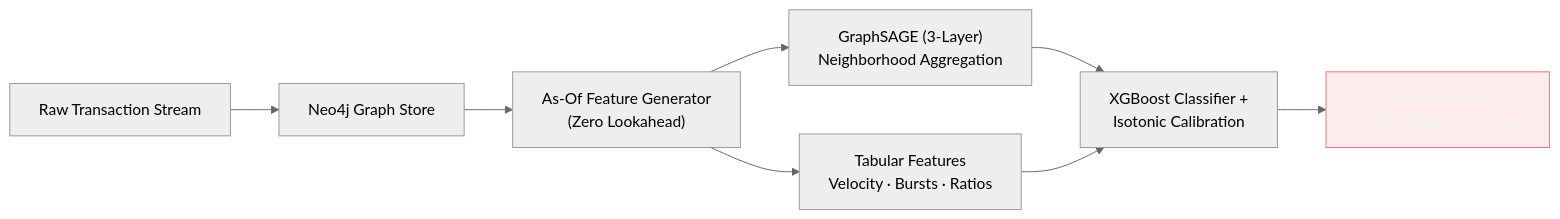
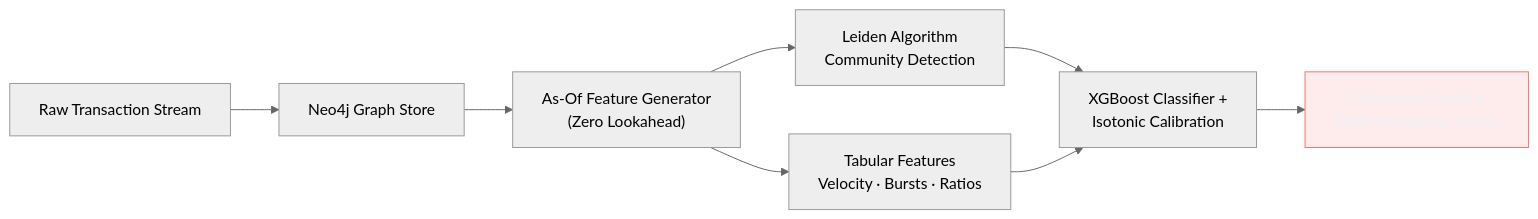
One commit to Pranav-Pardeshii/Ovi-V3 changed the fifth of 6 diagrams in README.md. Above: the diagram before and after it, drawn with Mermaid (neutral theme). The commit also changed other lines of this file, not shown here.

Commit message:
docs: align README with official SIH PPT specifications (tech stack, flowcharts, feasibility, impact)

````diff
--- a/README.md
+++ b/README.md
@@ -256,11 +273,11 @@
 ```mermaid
 flowchart LR
     A["Raw Transaction Stream"] --> B["Neo4j Graph Store"]
     B --> C["As-Of Feature Generator<br/>(Zero Lookahead)"]
-    C --> D["GraphSAGE (3-Layer)<br/>Neighborhood Aggregation"]
+    C --> D["Leiden Algorithm<br/>Community Detection"]
     C --> E["Tabular Features<br/>Velocity · Bursts · Ratios"]
     D --> F["XGBoost Classifier +<br/>Isotonic Calibration"]
     E --> F
     F --> G["Calibrated P(mule) &<br/>SHAP Attribution Values"]
     style G fill:#F8717122,stroke:#F87171,color:#EEF1F8
 ```
````
